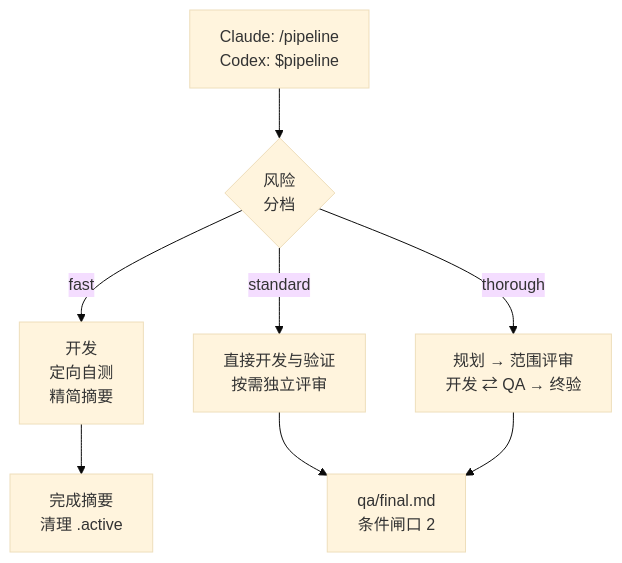
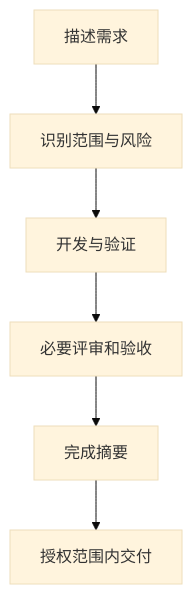
One commit to wzm111/pipeline-standard changed the diagram in README.md. Above: the diagram before and after it, drawn with Mermaid (base theme). The commit also changed other lines of this file and 1 other file, not shown here.

````diff
--- a/README.md
+++ b/README.md
@@ -51,10 +66,8 @@
 ```mermaid
 flowchart TD
-    S["Claude: /pipeline<br/>Codex: $pipeline"] --> P{"风险<br/>分档"}
-    P -- fast --> F["开发<br/>定向自测<br/>精简摘要"]
-    P -- standard --> ST["直接开发与验证<br/>按需独立评审"]
-    P -- thorough --> TH["规划 → 范围评审<br/>开发 ⇄ QA → 终验"]
-    F --> END["完成摘要<br/>清理 .active"]
-    ST --> G2["qa/final.md<br/>条件闸口 2"]
-    TH --> G2
+    A["描述需求"] --> B["识别范围与风险"]
+    B --> C["开发与验证"]
+    C --> D["必要评审和验收"]
+    D --> E["完成摘要"]
+    E --> F["授权范围内交付"]
 ```
````
